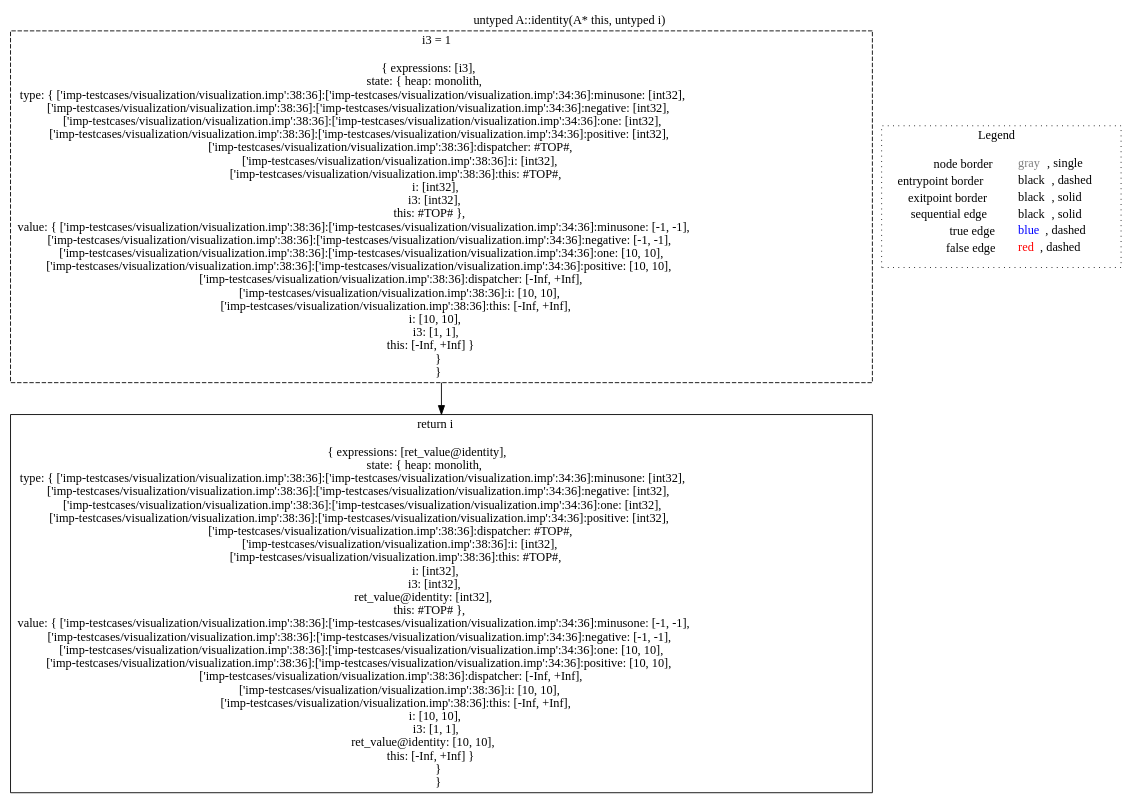
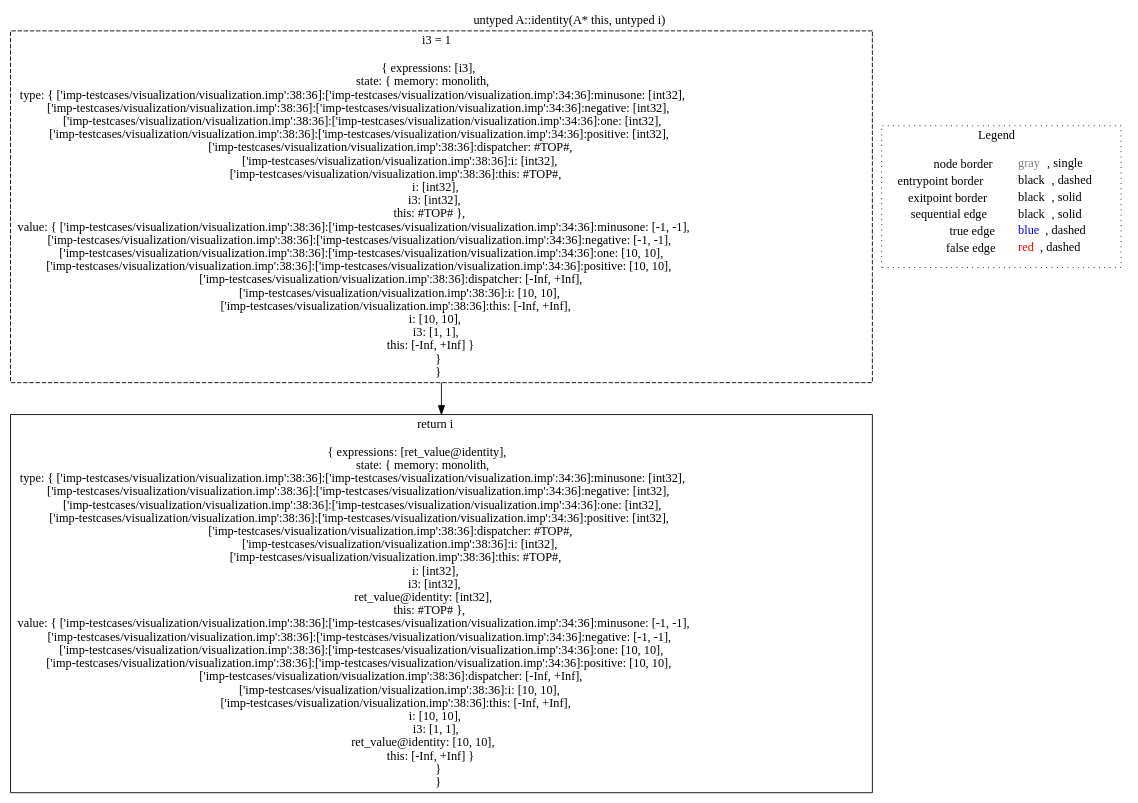
One commit to lisa-analyzer/lisa changed the diagram in lisa/lisa-analyses/imp-testcases/visualization/dot/untyped_A.identity(A__this,_untyped_i)_-1081452707.dot. Above: the diagram before and after it, drawn with Graphviz. The commit also changed 930 other files, not shown here.

Commit message:
Rename heap to memory #127

```diff
--- a/lisa/lisa-analyses/imp-testcases/visualization/dot/untyped_A.identity(A__this,_untyped_i)_-1081452707.dot
+++ b/lisa/lisa-analyses/imp-testcases/visualization/dot/untyped_A.identity(A__this,_untyped_i)_-1081452707.dot
@@ -1,12 +1,12 @@
 digraph "untyped A::identity(A* this, untyped i)" {
 edge ["dir"="forward"]
 graph ["label"="untyped A::identity(A* this, untyped i)","labelloc"="t"]
-"node0" ["label"=<i3 = 1<br/><br/>{ expressions: [i3],<br/>state: { heap: monolith,<br/>type: { ['imp-testcases/visualization/visualization.imp':38:36]:['imp-testcases/visualization/visualization.imp':34:36]:minusone: [int32],<br/>['imp-testcases/visualization/visualization.imp':38:36]:['imp-testcases/visualization/visualization.imp':34:36]:negative: [int32],<br/>['imp-testcases/visualization/visualization.imp':38:36]:['imp-testcases/visualization/visualization.imp':34:36]:one: [int32],<br/>['imp-testcases/visualization/visualization.imp':38:36]:['imp-testcases/visualization/visualization.imp':34:36]:positive: [int32],<br/>['imp-testcases/visualization/visualization.imp':38:36]:dispatcher: #TOP#,<br/>['imp-testcases/visualization/visualization.imp':38:36]:i: [int32],<br/>['imp-testcases/visualization/visualization.imp':38:36]:this: #TOP#,<br/>i: [int32],<br/>i3: [int32],<br/>this: #TOP# },<br/>value: { ['imp-testcases/visualization/visualization.imp':38:36]:['imp-testcases/visualization/visualization.imp':34:36]:minusone: [-1, -1],<br/>['imp-testcases/visualization/visualization.imp':38:36]:['imp-testcases/visualization/visualization.imp':34:36]:negative: [-1, -1],<br/>['imp-testcases/visualization/visualization.imp':38:36]:['imp-testcases/visualization/visualization.imp':34:36]:one: [10, 10],<br/>['imp-testcases/visualization/visualization.imp':38:36]:['imp-testcases/visualization/visualization.imp':34:36]:positive: [10, 10],<br/>['imp-testcases/visualization/visualization.imp':38:36]:dispatcher: [-Inf, +Inf],<br/>['imp-testcases/visualization/visualization.imp':38:36]:i: [10, 10],<br/>['imp-testcases/visualization/visualization.imp':38:36]:this: [-Inf, +Inf],<br/>i: [10, 10],<br/>i3: [1, 1],<br/>this: [-Inf, +Inf] }<br/> }<br/> }<br/>>,"shape"="rect","id"="node0","color"="black","style"="dashed"]
-"node3" ["label"=<return i<br/><br/>{ expressions: [ret_value@identity],<br/>state: { heap: monolith,<br/>type: { ['imp-testcases/visualization/visualization.imp':38:36]:['imp-testcases/visualization/visualization.imp':34:36]:minusone: [int32],<br/>['imp-testcases/visualization/visualization.imp':38:36]:['imp-testcases/visualization/visualization.imp':34:36]:negative: [int32],<br/>['imp-testcases/visualization/visualization.imp':38:36]:['imp-testcases/visualization/visualization.imp':34:36]:one: [int32],<br/>['imp-testcases/visualization/visualization.imp':38:36]:['imp-testcases/visualization/visualization.imp':34:36]:positive: [int32],<br/>['imp-testcases/visualization/visualization.imp':38:36]:dispatcher: #TOP#,<br/>['imp-testcases/visualization/visualization.imp':38:36]:i: [int32],<br/>['imp-testcases/visualization/visualization.imp':38:36]:this: #TOP#,<br/>i: [int32],<br/>i3: [int32],<br/>ret_value@identity: [int32],<br/>this: #TOP# },<br/>value: { ['imp-testcases/visualization/visualization.imp':38:36]:['imp-testcases/visualization/visualization.imp':34:36]:minusone: [-1, -1],<br/>['imp-testcases/visualization/visualization.imp':38:36]:['imp-testcases/visualization/visualization.imp':34:36]:negative: [-1, -1],<br/>['imp-testcases/visualization/visualization.imp':38:36]:['imp-testcases/visualization/visualization.imp':34:36]:one: [10, 10],<br/>['imp-testcases/visualization/visualization.imp':38:36]:['imp-testcases/visualization/visualization.imp':34:36]:positive: [10, 10],<br/>['imp-testcases/visualization/visualization.imp':38:36]:dispatcher: [-Inf, +Inf],<br/>['imp-testcases/visualization/visualization.imp':38:36]:i: [10, 10],<br/>['imp-testcases/visualization/visualization.imp':38:36]:this: [-Inf, +Inf],<br/>i: [10, 10],<br/>i3: [1, 1],<br/>ret_value@identity: [10, 10],<br/>this: [-Inf, +Inf] }<br/> }<br/> }<br/>>,"shape"="rect","id"="node3","color"="black"]
+"node0" ["label"=<i3 = 1<br/><br/>{ expressions: [i3],<br/>state: { memory: monolith,<br/>type: { ['imp-testcases/visualization/visualization.imp':38:36]:['imp-testcases/visualization/visualization.imp':34:36]:minusone: [int32],<br/>['imp-testcases/visualization/visualization.imp':38:36]:['imp-testcases/visualization/visualization.imp':34:36]:negative: [int32],<br/>['imp-testcases/visualization/visualization.imp':38:36]:['imp-testcases/visualization/visualization.imp':34:36]:one: [int32],<br/>['imp-testcases/visualization/visualization.imp':38:36]:['imp-testcases/visualization/visualization.imp':34:36]:positive: [int32],<br/>['imp-testcases/visualization/visualization.imp':38:36]:dispatcher: #TOP#,<br/>['imp-testcases/visualization/visualization.imp':38:36]:i: [int32],<br/>['imp-testcases/visualization/visualization.imp':38:36]:this: #TOP#,<br/>i: [int32],<br/>i3: [int32],<br/>this: #TOP# },<br/>value: { ['imp-testcases/visualization/visualization.imp':38:36]:['imp-testcases/visualization/visualization.imp':34:36]:minusone: [-1, -1],<br/>['imp-testcases/visualization/visualization.imp':38:36]:['imp-testcases/visualization/visualization.imp':34:36]:negative: [-1, -1],<br/>['imp-testcases/visualization/visualization.imp':38:36]:['imp-testcases/visualization/visualization.imp':34:36]:one: [10, 10],<br/>['imp-testcases/visualization/visualization.imp':38:36]:['imp-testcases/visualization/visualization.imp':34:36]:positive: [10, 10],<br/>['imp-testcases/visualization/visualization.imp':38:36]:dispatcher: [-Inf, +Inf],<br/>['imp-testcases/visualization/visualization.imp':38:36]:i: [10, 10],<br/>['imp-testcases/visualization/visualization.imp':38:36]:this: [-Inf, +Inf],<br/>i: [10, 10],<br/>i3: [1, 1],<br/>this: [-Inf, +Inf] }<br/> }<br/> }<br/>>,"shape"="rect","id"="node0","color"="black","style"="dashed"]
+"node3" ["label"=<return i<br/><br/>{ expressions: [ret_value@identity],<br/>state: { memory: monolith,<br/>type: { ['imp-testcases/visualization/visualization.imp':38:36]:['imp-testcases/visualization/visualization.imp':34:36]:minusone: [int32],<br/>['imp-testcases/visualization/visualization.imp':38:36]:['imp-testcases/visualization/visualization.imp':34:36]:negative: [int32],<br/>['imp-testcases/visualization/visualization.imp':38:36]:['imp-testcases/visualization/visualization.imp':34:36]:one: [int32],<br/>['imp-testcases/visualization/visualization.imp':38:36]:['imp-testcases/visualization/visualization.imp':34:36]:positive: [int32],<br/>['imp-testcases/visualization/visualization.imp':38:36]:dispatcher: #TOP#,<br/>['imp-testcases/visualization/visualization.imp':38:36]:i: [int32],<br/>['imp-testcases/visualization/visualization.imp':38:36]:this: #TOP#,<br/>i: [int32],<br/>i3: [int32],<br/>ret_value@identity: [int32],<br/>this: #TOP# },<br/>value: { ['imp-testcases/visualization/visualization.imp':38:36]:['imp-testcases/visualization/visualization.imp':34:36]:minusone: [-1, -1],<br/>['imp-testcases/visualization/visualization.imp':38:36]:['imp-testcases/visualization/visualization.imp':34:36]:negative: [-1, -1],<br/>['imp-testcases/visualization/visualization.imp':38:36]:['imp-testcases/visualization/visualization.imp':34:36]:one: [10, 10],<br/>['imp-testcases/visualization/visualization.imp':38:36]:['imp-testcases/visualization/visualization.imp':34:36]:positive: [10, 10],<br/>['imp-testcases/visualization/visualization.imp':38:36]:dispatcher: [-Inf, +Inf],<br/>['imp-testcases/visualization/visualization.imp':38:36]:i: [10, 10],<br/>['imp-testcases/visualization/visualization.imp':38:36]:this: [-Inf, +Inf],<br/>i: [10, 10],<br/>i3: [1, 1],<br/>ret_value@identity: [10, 10],<br/>this: [-Inf, +Inf] }<br/> }<br/> }<br/>>,"shape"="rect","id"="node3","color"="black"]
 subgraph "cluster_legend" {
 edge ["dir"="none"]
 graph ["label"=<Legend>,"style"="dotted"]
 "legend" ["label"=<<table border="0" cellpadding="2" cellspacing="0" cellborder="0"><tr><td align="right">node border&nbsp;</td><td align="left"><font color="gray">gray</font>, single</td></tr><tr><td align="right">entrypoint border&nbsp;</td><td align="left"><font color="black">black</font>, dashed</td></tr><tr><td align="right">exitpoint border&nbsp;</td><td align="left"><font color="black">black</font>, solid</td></tr><tr><td align="right">sequential edge&nbsp;</td><td align="left"><font color="black">black</font>, solid</td></tr><tr><td align="right">true edge&nbsp;</td><td align="left"><font color="blue">blue</font>, dashed</td></tr><tr><td align="right">false edge&nbsp;</td><td align="left"><font color="red">red</font>, dashed</td></tr></table>>,"shape"="none"]
 }
 "node0" -> "node3" ["color"="black"]
 }
```
